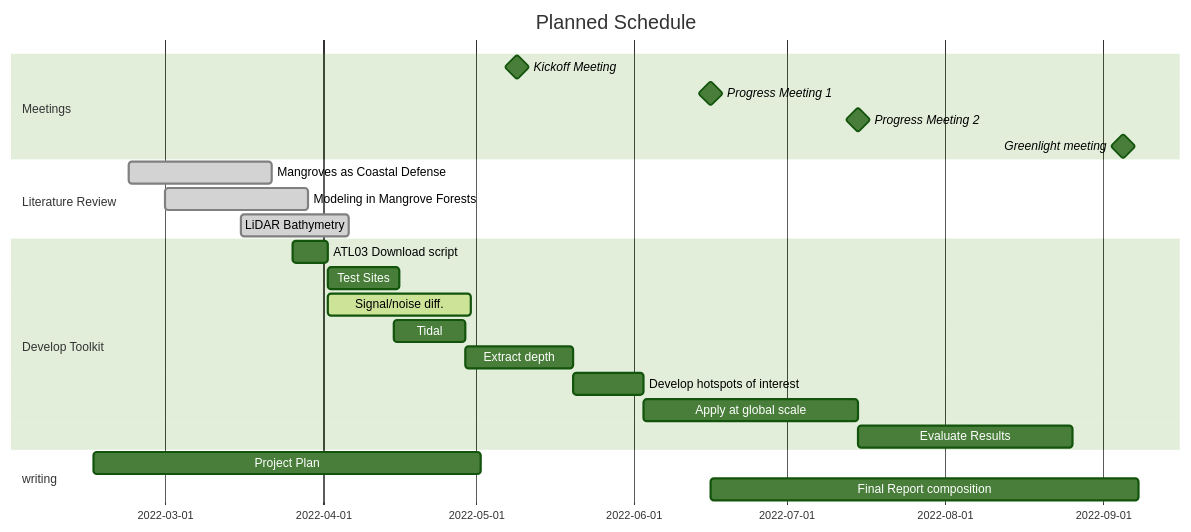
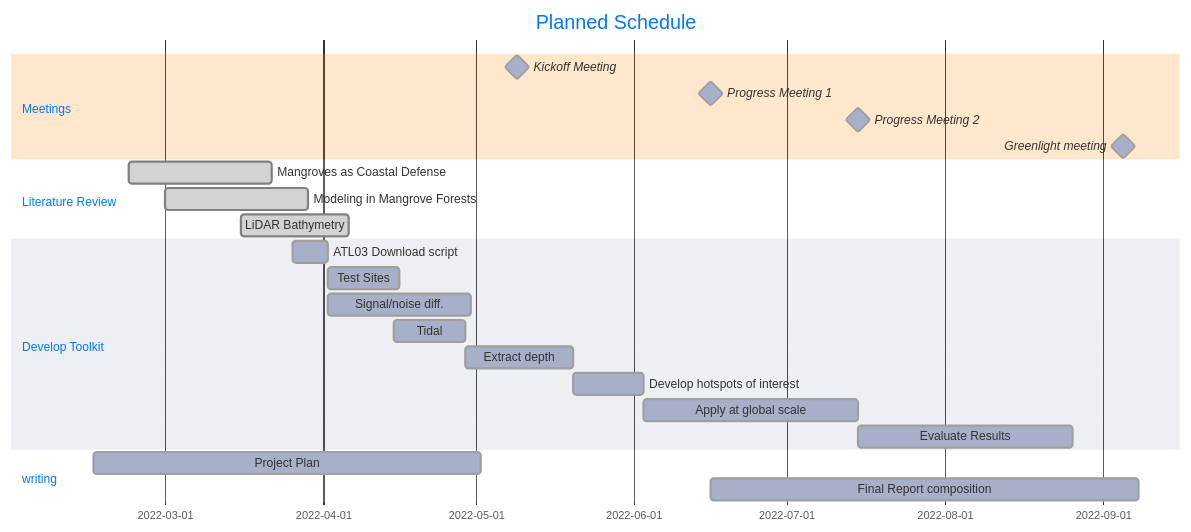
Before and after one commit to mlinds/thesis: the diagram in document/figures/thesis-schedule.mmd, drawn with Mermaid. The commit also changed other lines of this file and 3 other files, not shown here.

```diff
--- a/document/figures/thesis-schedule.mmd
+++ b/document/figures/thesis-schedule.mmd
@@ -1,28 +1,29 @@
-%%{init: {'theme':'forest'}}%%
+%%{init: {'theme': 'base', 'themeVariables': { 'primaryColor': '#a8b0c9','tertiaryColor':'#FF8702'}}}%%
+%%'secondaryColor':'#FF8702'
 gantt
     title Planned Schedule
     dateFormat YYYY-MM-DD
     todayMarker stroke:#253a79,opacity:0.5
 
     section Meetings
     Kickoff Meeting: milestone, m1, 2022-05-09, 0d
     Progress Meeting 1: milestone, m2, 2022-06-16,0d
     Progress Meeting 2: milestone, m3, 2022-07-15,0d
     Greenlight meeting: milestone, m4, 2022-09-05,0d
     section Literature Review
     Mangroves as Coastal Defense:done, 2022-02-22,4w 
     Modeling in Mangrove Forests:done, 2022-03-01,4w 
     LiDAR Bathymetry:done, 2022-03-16,3w 
     section Develop Toolkit
     ATL03 Download script: download,2022-03-26,1w
     Test Sites:2w
-    Signal/noise diff.: active, after download, 4w
+    Signal/noise diff.: after download, 4w
     Tidal: tide,2022-04-15, 2w
     Extract depth: depth,after tide,3w
     Develop hotspots of interest:hotspots, after depth, 2w
     Apply at global scale:application, after hotspots,6w
     Evaluate Results: after application, 6w
 
     section writing
     Project Plan: 2022-02-15, 2022-05-02
     Final Report composition: after m2, 12w
```
